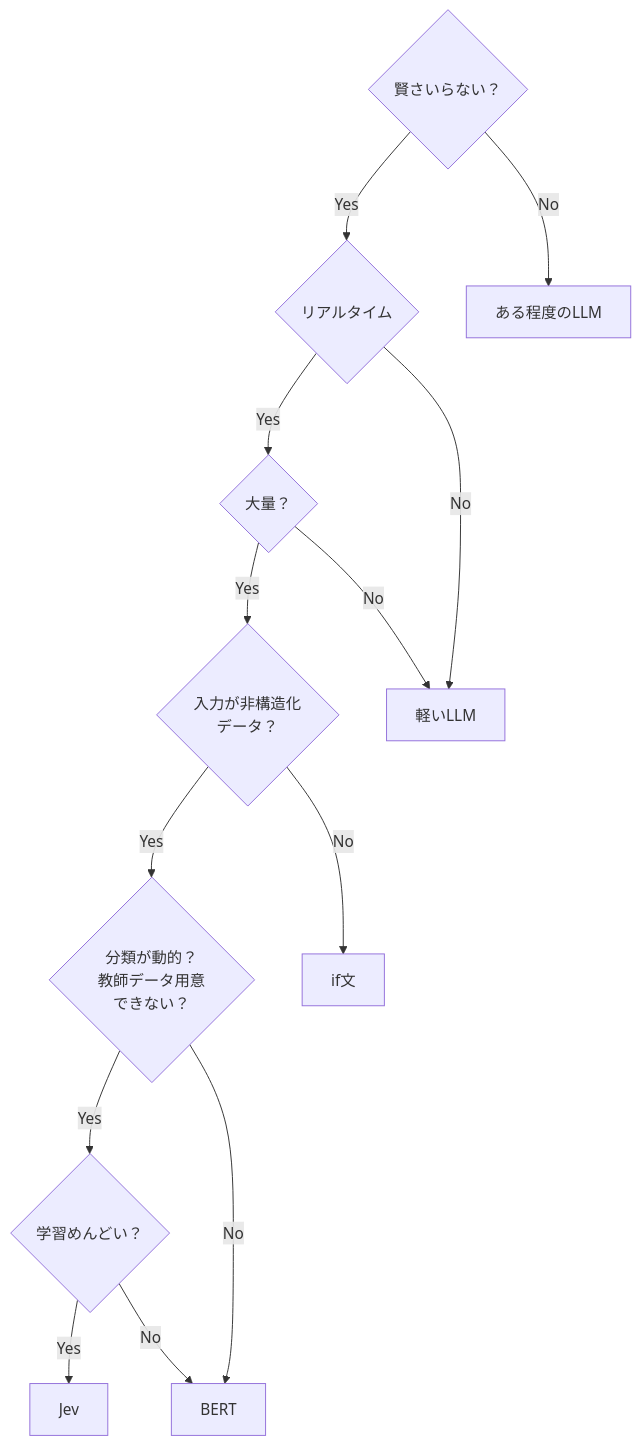
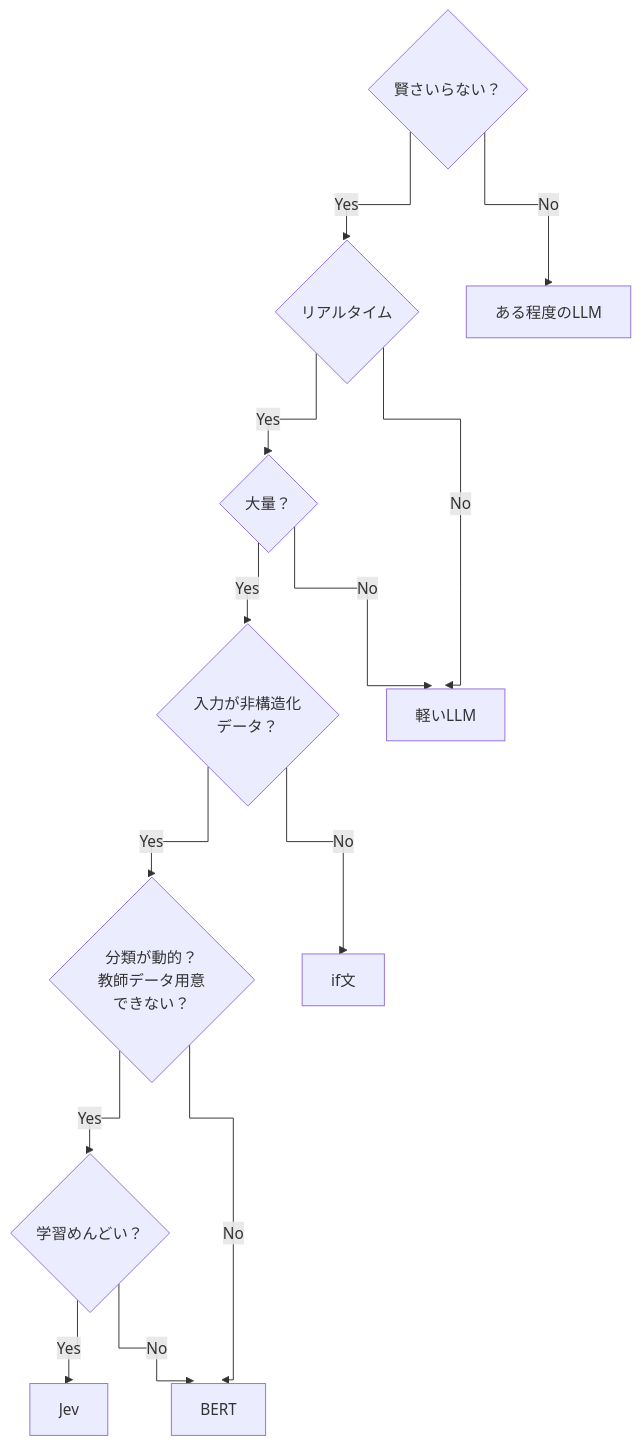
One commit to kzkhykw/jev-or-not changed the diagram in README.md. Above: the diagram before and after it, drawn with Mermaid.

Commit message:
Use stepped arrows in Mermaid flowchart

````diff
--- a/README.md
+++ b/README.md
@@ -5,28 +5,29 @@
 ```mermaid
+%%{init: {"flowchart": {"curve": "stepBefore"}}}%%
 flowchart TD
     A{"賢さいらない？"}
     B{"リアルタイム"}
     C{"大量？"}
     D{"入力が非構造化<br/>データ？"}
     E{"分類が動的？<br/>教師データ用意<br/>できない？"}
     F{"学習めんどい？"}
 
     J["Jev"]
     BERT["BERT"]
     IF["if文"]
     LIGHT["軽いLLM"]
     SOME["ある程度のLLM"]
 
     A -->|Yes| B
     A -->|No| SOME
     B -->|Yes| C
     B -->|No| LIGHT
     C -->|Yes| D
     C -->|No| LIGHT
     D -->|Yes| E
     D -->|No| IF
     E -->|Yes| F
     E -->|No| BERT
     F -->|Yes| J
     F -->|No| BERT
 ```
````
